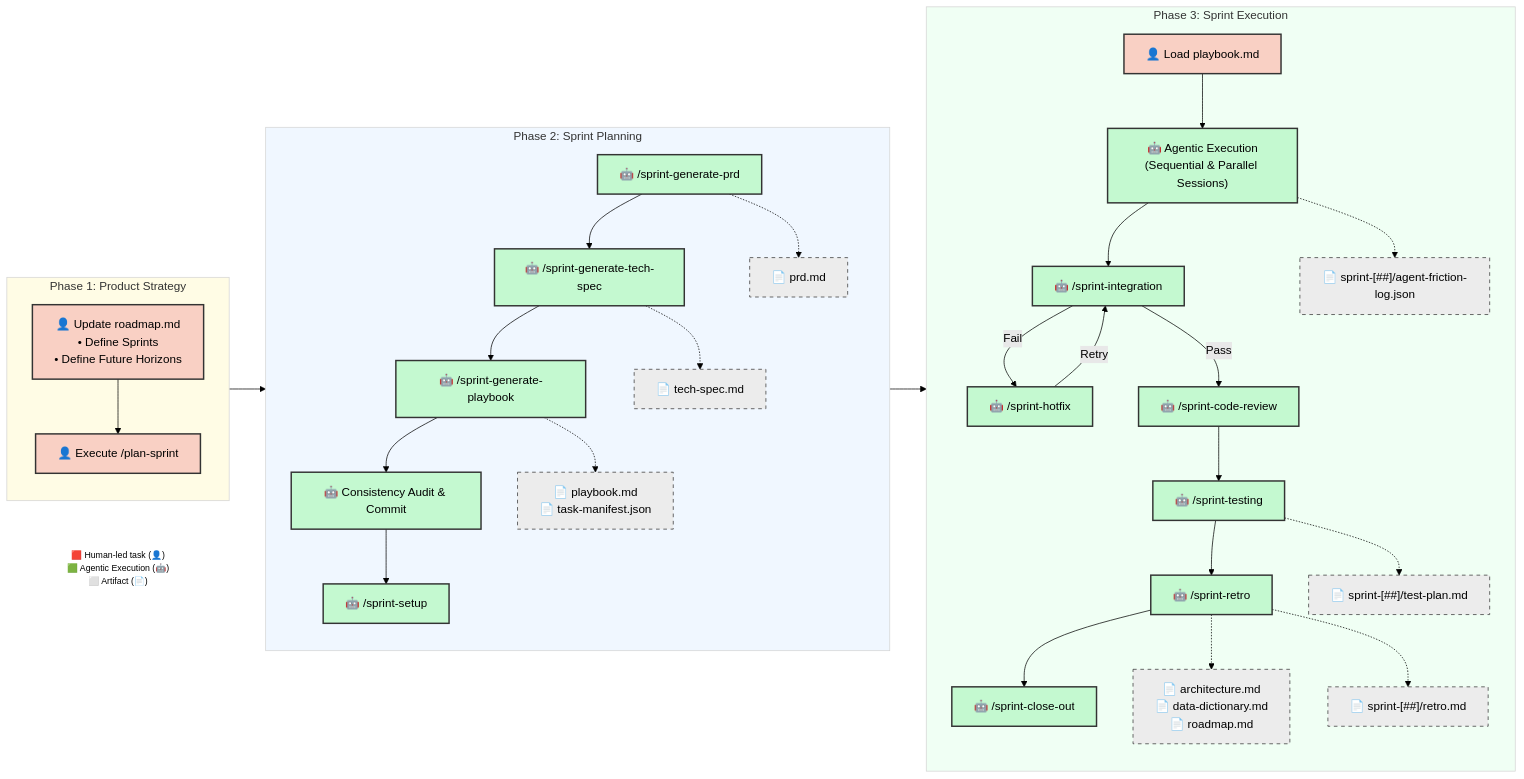
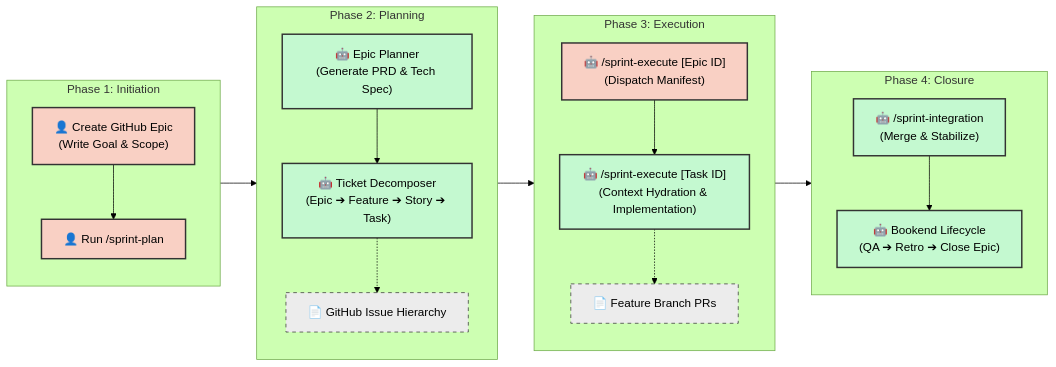
Before and after one commit to dsj1984/agent-protocols: the diagram in .agents/SDLC.md, drawn with Mermaid (forest theme). The commit also changed other lines of this file and 33 other files, not shown here.

Commit message:
release: v5.0.0 architecture finalization

````diff
--- a/.agents/SDLC.md
+++ b/.agents/SDLC.md
@@ -42,71 +26,44 @@
 ```mermaid
-    graph LR
+graph LR
     classDef manual fill:#f9d0c4,stroke:#333,stroke-width:2px,color:#000;
     classDef agentic fill:#c4f9d0,stroke:#333,stroke-width:2px,color:#000;
     classDef artifact fill:#ececec,stroke:#333,stroke-width:1px,stroke-dasharray: 5 5,color:#000;
-    classDef LegendNode fill:transparent,stroke:transparent,font-size:12px;
 
-    %% Legend
-    Legend["🟥 Human-led task (👤)<br/>🟩 Agentic Execution (🤖)<br/>⬜ Artifact (📄)"]:::LegendNode
-
-    %% Phase 1: Product Strategy
-    subgraph Phase1 ["Phase 1: Product Strategy"]
+    %% Phase 1: Initiation
+    subgraph Phase1 ["Phase 1: Initiation"]
         direction TB
-        B["👤 Update roadmap.md<br/>• Define Sprints<br/>• Define Future Horizons"]:::manual
-        D["👤 Execute /plan-sprint"]:::manual
-        B --> D
+        A["👤 Create GitHub Epic<br/>(Write Goal & Scope)"]:::manual
+        B["👤 Run /sprint-plan"]:::manual
+        A --> B
     end
 
-    %% Phase 2: Automated Planning
-    subgraph Phase2 ["Phase 2: Sprint Planning"]
+    %% Phase 2: Autonomous Planning
+    subgraph Phase2 ["Phase 2: Planning"]
         direction TB
-        F["🤖 /sprint-generate-prd"]:::agentic
-        G["🤖 /sprint-generate-tech-spec"]:::agentic
-        H["🤖 /sprint-generate-playbook"]:::agentic
-        H2["🤖 Consistency Audit & Commit"]:::agentic
-        H3["🤖 /sprint-setup"]:::agentic
-
-        F --> G
-        G --> H
-        H --> H2
-        H2 --> H3
-
-        F -.-> F_Art["📄 prd.md"]:::artifact
-        G -.-> G_Art["📄 tech-spec.md"]:::artifact
-        H -.-> H_Art["📄 playbook.md<br/>📄 task-manifest.json"]:::artifact
+        C["🤖 Epic Planner<br/>(Generate PRD & Tech Spec)"]:::agentic
+        D["🤖 Ticket Decomposer<br/>(Epic ➔ Feature ➔ Story ➔ Task)"]:::agentic
+        C --> D
+        D -.-> D_Art["📄 GitHub Issue Hierarchy"]:::artifact
     end
 
-    %% Phase 3: Execution & Closure
-    subgraph Phase3 ["Phase 3: Sprint Execution"]
+    %% Phase 3: Execution
+    subgraph Phase3 ["Phase 3: Execution"]
         direction TB
-        I["👤 Load playbook.md"]:::manual
-        J["🤖 Agentic Execution<br/>(Sequential & Parallel Sessions)"]:::agentic
-        K["🤖 /sprint-integration"]:::agentic
-        K_Fix["🤖 /sprint-hotfix"]:::agentic
-        L["🤖 /sprint-testing"]:::agentic
-        O["🤖 /sprint-code-review"]:::agentic
-        P["🤖 /sprint-retro"]:::agentic
-        Q2["🤖 /sprint-close-out"]:::agentic
-
-        I --> J
-        J --> K
-        K -- "Fail" --> K_Fix
-        K_Fix -- "Retry" --> K
-        K -- "Pass" --> O
-        O --> L
-        L --> P
-        P --> Q2
-
-        L -.-> L_Art["📄 sprint-[##]/test-plan.md"]:::artifact
-        J -.-> J_Log["📄 sprint-[##]/agent-friction-log.json"]:::artifact
-        P -.-> Q["📄 architecture.md<br/>📄 data-dictionary.md<br/>📄 roadmap.md"]:::artifact
-        P -.-> R["📄 sprint-[##]/retro.md"]:::artifact
+        E["🤖 /sprint-execute [Epic ID]<br/>(Dispatch Manifest)"]:::manual
+        F["🤖 /sprint-execute [Task ID]<br/>(Context Hydration & Implementation)"]:::agentic
+        E --> F
+        F -.-> F_Art["📄 Feature Branch PRs"]:::artifact
     end
 
-    style Phase1 fill:#fffce5,stroke:#d4d4d4,padding:0px
-    style Phase2 fill:#f0f7ff,stroke:#d4d4d4,padding:0px
-    style Phase3 fill:#f0fff4,stroke:#d4d4d4,padding:0px
+    %% Phase 4: Integration & Closure
+    subgraph Phase4 ["Phase 4: Closure"]
+        direction TB
+        G["🤖 /sprint-integration<br/>(Merge & Stabilize)"]:::agentic
+        H["🤖 Bookend Lifecycle<br/>(QA ➔ Retro ➔ Close Epic)"]:::agentic
+        G --> H
+    end
 
-    D --> F
-    H_Art --> I
+    B --> C
+    D --> E
+    F --> G
 ```
````
